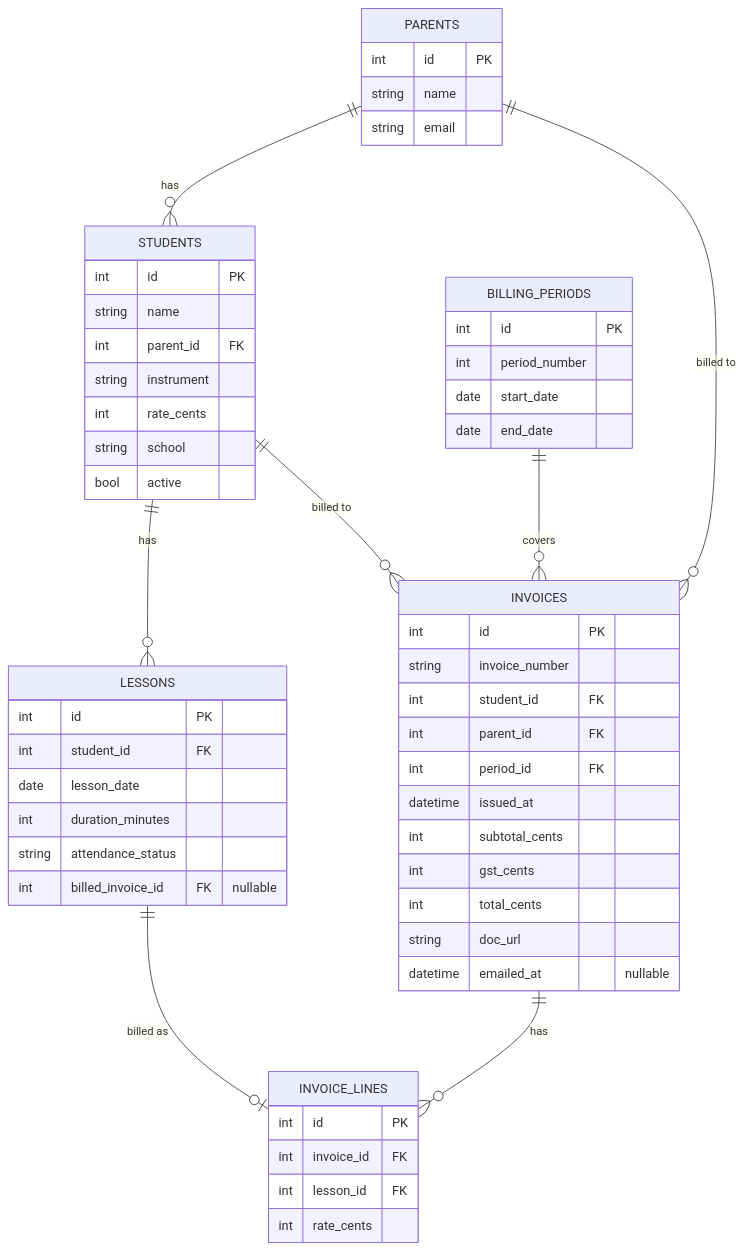
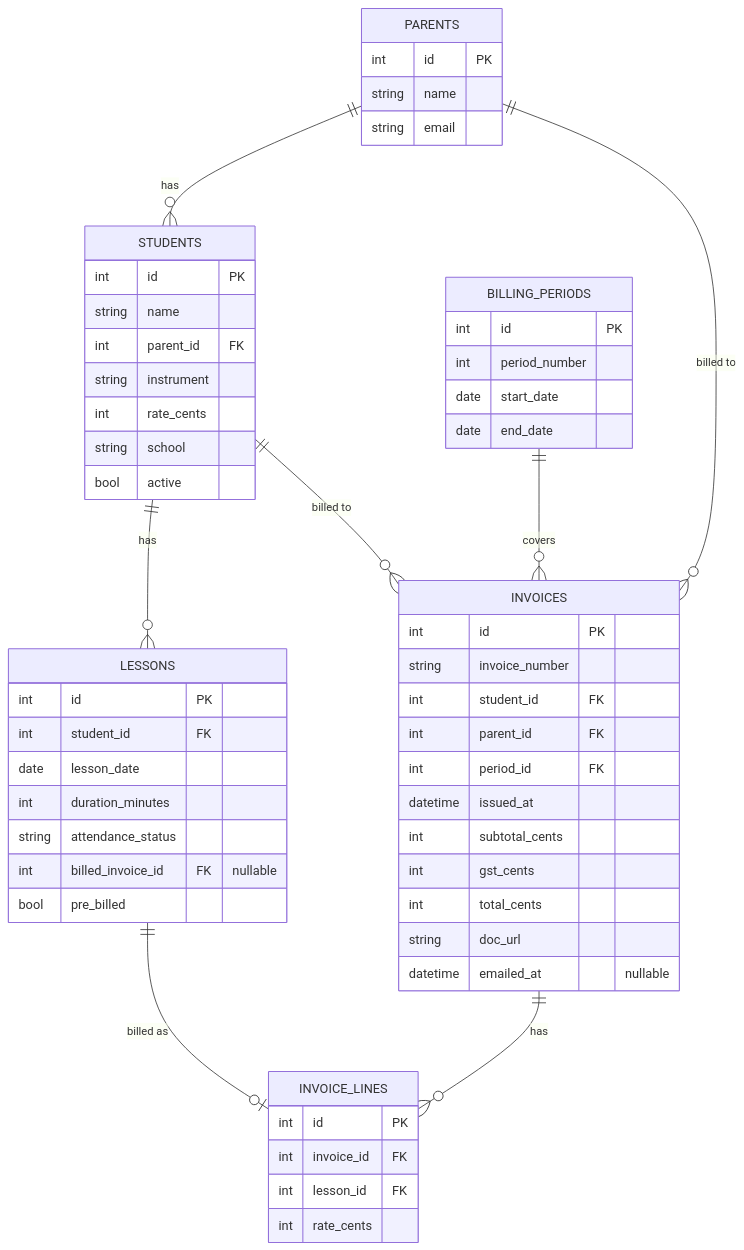
Before and after one commit to Bergstefann/automated-invoicing-system: the second of 2 diagrams in README.md, drawn with Mermaid. The commit also changed other lines of this file, not shown here.

````diff
--- a/README.md
+++ b/README.md
@@ -86,58 +86,59 @@
 ```mermaid
 erDiagram
     PARENTS ||--o{ STUDENTS : has
     STUDENTS ||--o{ LESSONS : has
     STUDENTS ||--o{ INVOICES : "billed to"
     PARENTS ||--o{ INVOICES : "billed to"
     BILLING_PERIODS ||--o{ INVOICES : covers
     INVOICES ||--o{ INVOICE_LINES : has
     LESSONS ||--o| INVOICE_LINES : "billed as"
 
     PARENTS {
         int id PK
         string name
         string email
     }
     STUDENTS {
         int id PK
         string name
         int parent_id FK
         string instrument
         int rate_cents
         string school
         bool active
     }
     LESSONS {
         int id PK
         int student_id FK
         date lesson_date
         int duration_minutes
         string attendance_status
         int billed_invoice_id FK "nullable"
+        bool pre_billed
     }
     BILLING_PERIODS {
         int id PK
         int period_number
         date start_date
         date end_date
     }
     INVOICES {
         int id PK
         string invoice_number
         int student_id FK
         int parent_id FK
         int period_id FK
         datetime issued_at
         int subtotal_cents
         int gst_cents
         int total_cents
         string doc_url
         datetime emailed_at "nullable"
     }
     INVOICE_LINES {
         int id PK
         int invoice_id FK
         int lesson_id FK
         int rate_cents
     }
 ```
````
